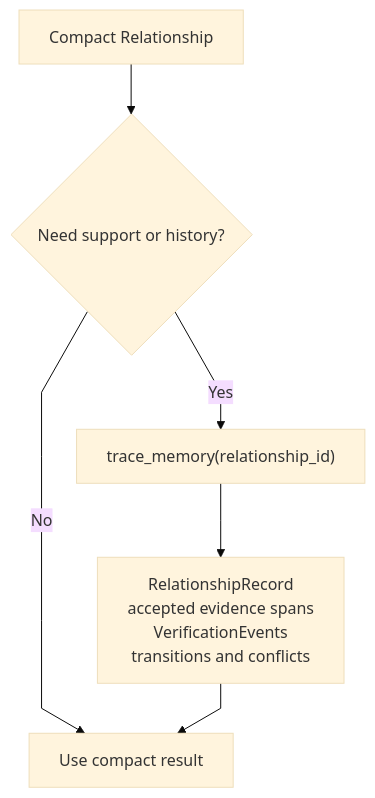
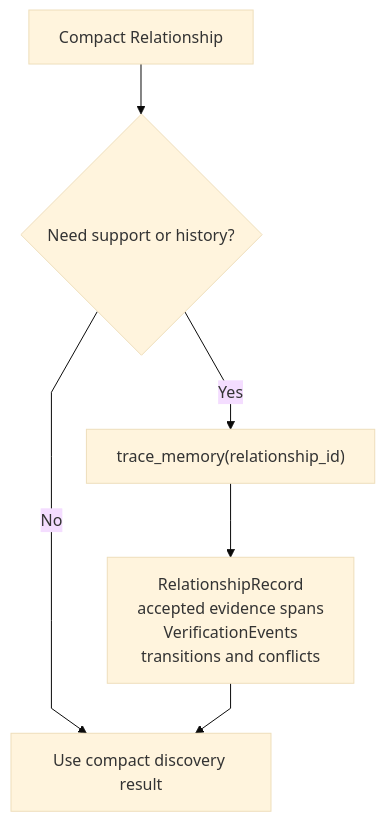
Before and after one commit to markhuangai/dense-mem: the fourth of 4 diagrams in Recall-Ranking.md, drawn with Mermaid (base theme). The commit also changed other lines of this file and 27 other files, not shown here.

Commit message:
Document tier-free Relationship architecture

````diff
--- a/Recall-Ranking.md
+++ b/Recall-Ranking.md
@@ -323,9 +314,9 @@
 ```mermaid
 %%{init: {"flowchart": {"curve": "linear"}}}%%
 flowchart TD
   Compact["Compact Relationship"] --> Need{"Need support or history?"}
-  Need -- No --> Answer["Use compact result"]
+  Need -- No --> Answer["Use compact discovery result"]
   Need -- Yes --> Trace["trace_memory(relationship_id)"]
   Trace --> PG["RelationshipRecord<br/>accepted evidence spans<br/>VerificationEvents<br/>transitions and conflicts"]
   PG --> Answer
 ```
````
